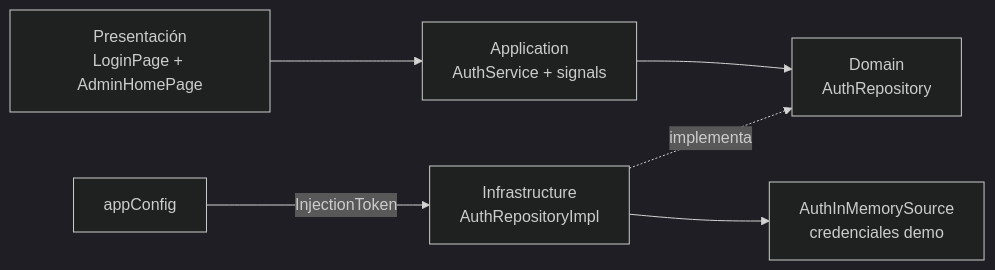
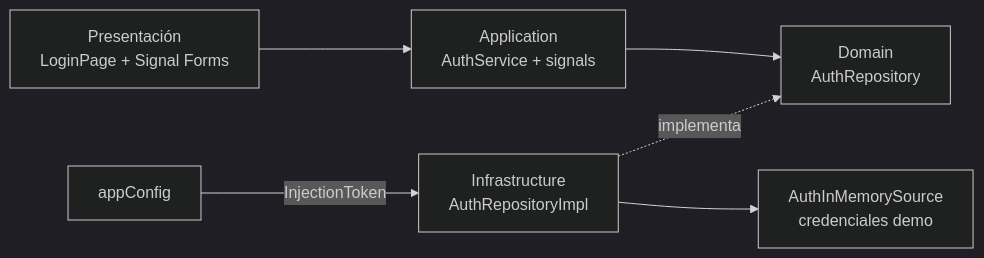
One commit to Mateo-EV/real-maids-frontend changed the second of 2 diagrams in docs/ARCHITECTURE.md. Above: the diagram before and after it, drawn with Mermaid (dark theme). The commit also changed other lines of this file and 11 other files, not shown here.

Commit message:
change: migrate to signal forms

````diff
--- a/docs/ARCHITECTURE.md
+++ b/docs/ARCHITECTURE.md
@@ -80,8 +80,8 @@
 ```mermaid
 flowchart LR
-    UI[Presentación\nLoginPage + AdminHomePage] --> APP[Application\nAuthService + signals]
+    UI[Presentación\nLoginPage + Signal Forms] --> APP[Application\nAuthService + signals]
     APP --> PORT[Domain\nAuthRepository]
     INFRA[Infrastructure\nAuthRepositoryImpl] -. implementa .-> PORT
     INFRA --> SOURCE[AuthInMemorySource\ncredenciales demo]
     CONFIG[appConfig] -->|InjectionToken| INFRA
 ```
````
